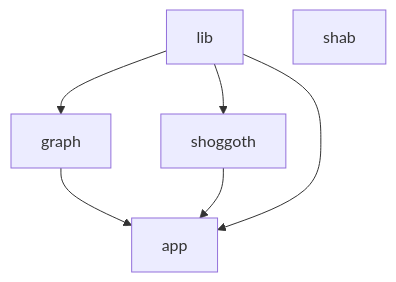
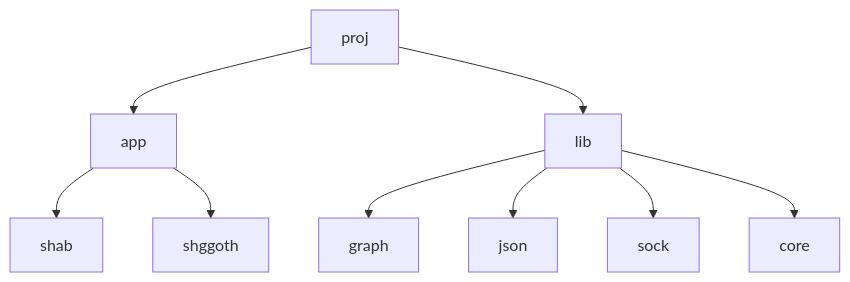
Before and after one commit to johnthesmith/shoggoth: the first of 4 diagrams in README.md, drawn with Mermaid. The commit also changed other lines of this file and 138 other files, not shown here.

````diff
--- a/README.md
+++ b/README.md
@@ -94,11 +71,13 @@
 ```mermaid
-flowchart
-    graphics[graph]    
+flowchart TB
+    graphics[graph]
 
+    proj --> app
+    proj --> lib
+    app --> shab
+    app --> shggoth
     lib --> graphics
-    graphics --> app
-    shoggoth --> app
-    lib --> shoggoth
-    lib --> app
-    shab
+    lib --> json
+    lib --> sock
+    lib --> core
 ```
````
